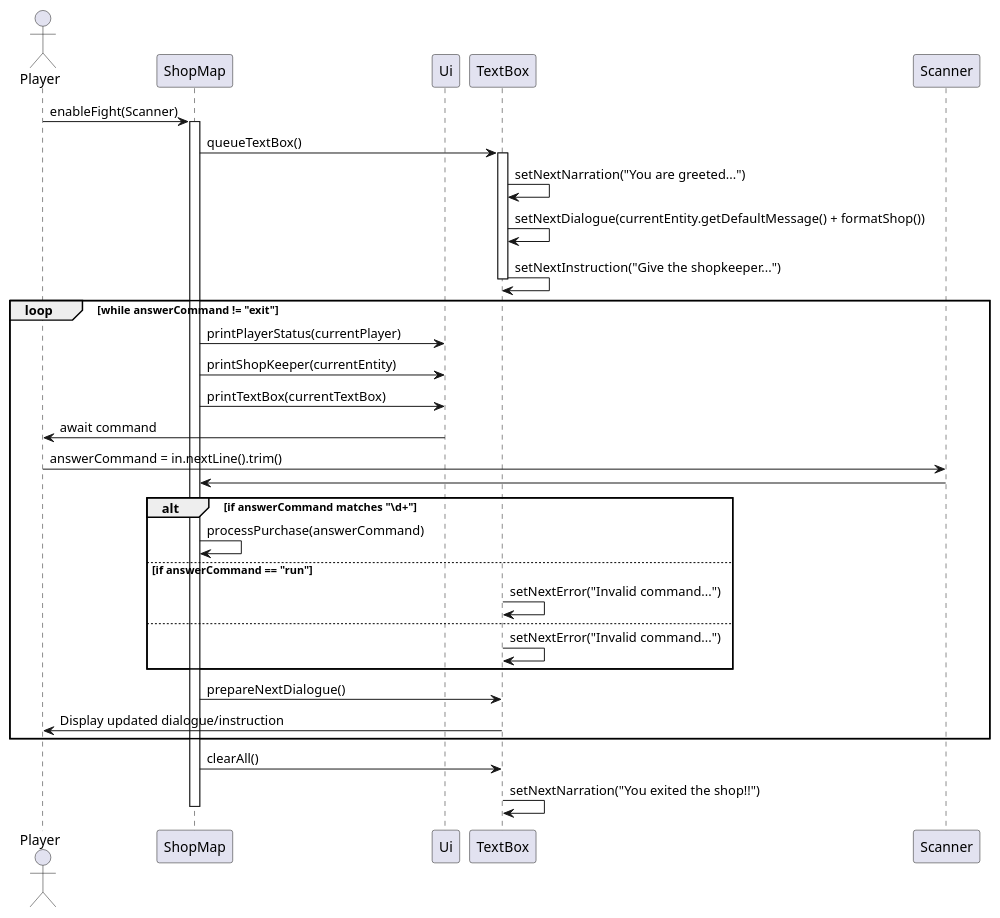
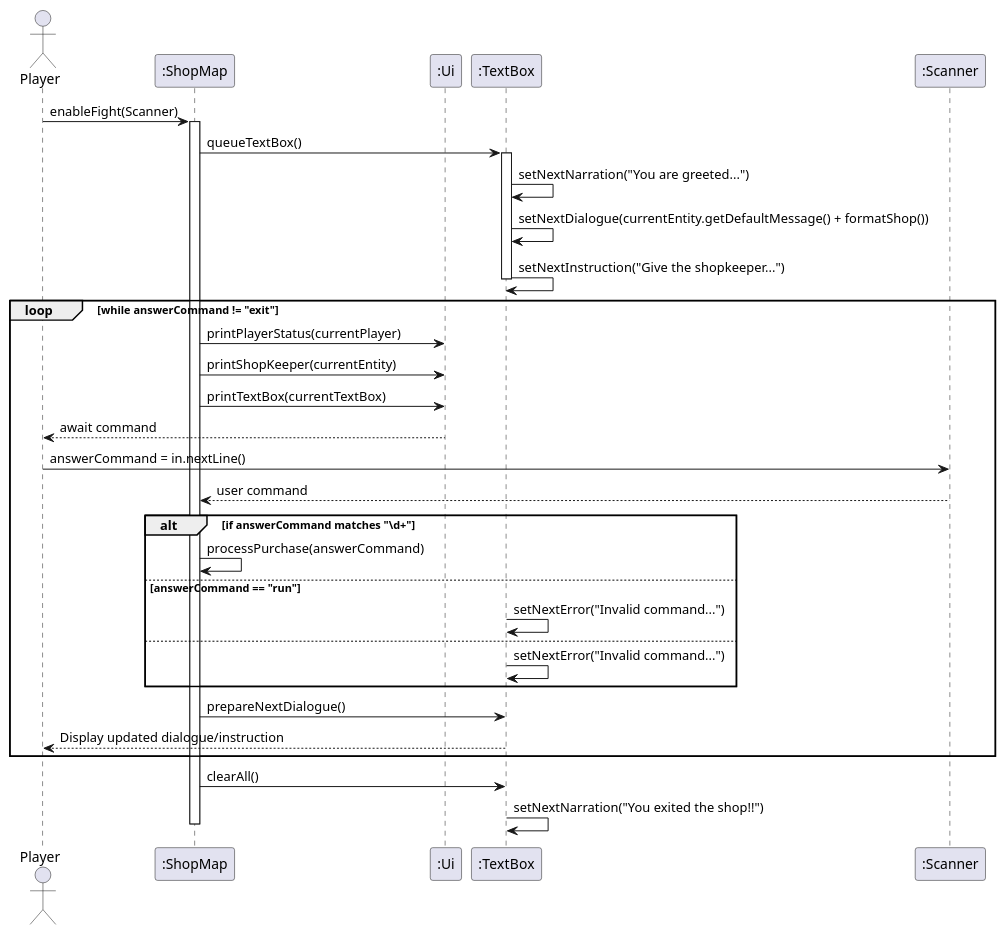
The diagram in docs/diagrams/ShopMap.puml (aaravrawal52/tp), drawn with PlantUML before and after one commit.

Commit message:
Change puml diagram

```diff
--- a/docs/diagrams/ShopMap.puml
+++ b/docs/diagrams/ShopMap.puml
@@ -1,41 +1,41 @@
 @startuml
 actor Player
-participant "ShopMap" as Shop
-participant "Ui" as UI
-participant "TextBox" as TextBox
-participant "Scanner" as Scanner
+participant ":ShopMap" as Shop
+participant ":Ui" as UI
+participant ":TextBox" as TextBox
+participant ":Scanner" as Scanner
 
 Player -> Shop : enableFight(Scanner)
 activate Shop
 
 Shop -> TextBox : queueTextBox()
 activate TextBox
 TextBox -> TextBox : setNextNarration("You are greeted...")
 TextBox -> TextBox : setNextDialogue(currentEntity.getDefaultMessage() + formatShop())
 TextBox -> TextBox : setNextInstruction("Give the shopkeeper...")
 deactivate TextBox
 
 loop while answerCommand != "exit"
     Shop -> UI : printPlayerStatus(currentPlayer)
     Shop -> UI : printShopKeeper(currentEntity)
     Shop -> UI : printTextBox(currentTextBox)
-    UI -> Player : await command
-    Player -> Scanner : answerCommand = in.nextLine().trim()
-    Scanner -> Shop
+    UI --> Player : await command
+    Player -> Scanner : answerCommand = in.nextLine()
+    Scanner --> Shop : user command
 
     alt if answerCommand matches "\\d+"
         Shop -> Shop : processPurchase(answerCommand)
-    else if answerCommand == "run"
+    else answerCommand == "run"
         TextBox -> TextBox : setNextError("Invalid command...")
     else
         TextBox -> TextBox : setNextError("Invalid command...")
     end if
 
     Shop -> TextBox : prepareNextDialogue()
-    TextBox -> Player : Display updated dialogue/instruction
+    TextBox --> Player : Display updated dialogue/instruction
 end
 
 Shop -> TextBox : clearAll()
 TextBox -> TextBox : setNextNarration("You exited the shop!!")
 deactivate Shop
 @enduml
```
